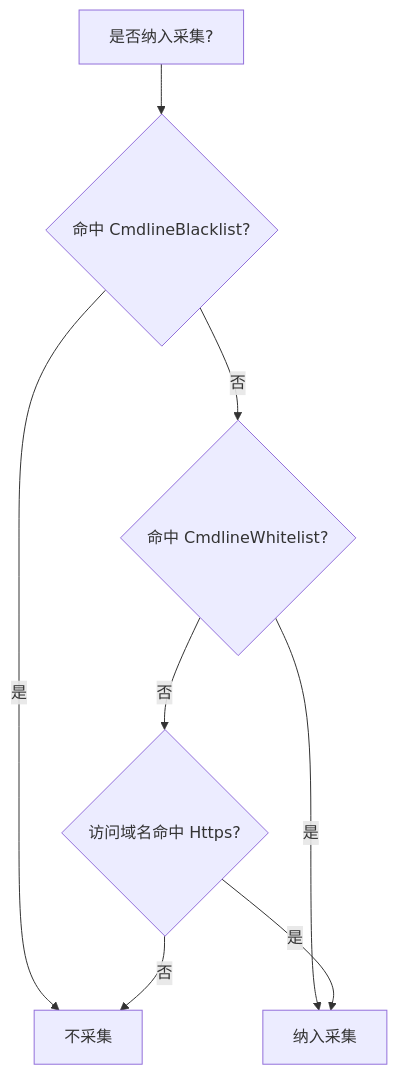
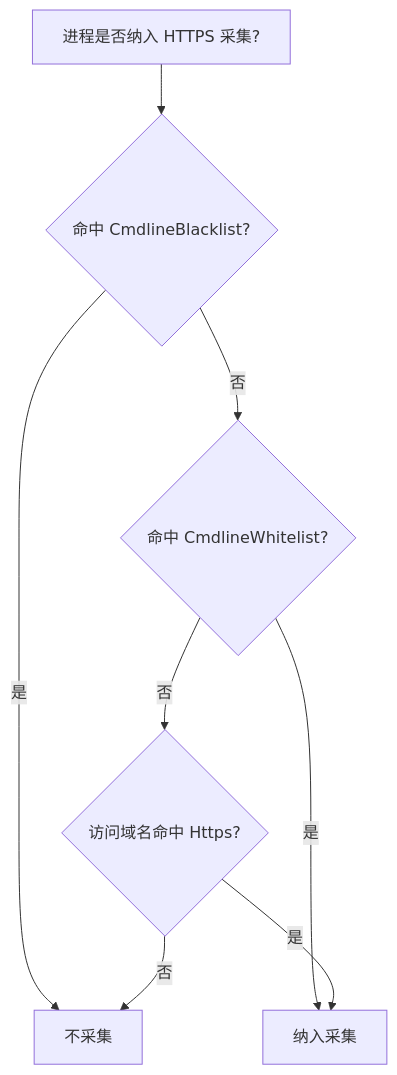
Before and after one commit to alibaba/loongcollector: the first of 2 diagrams in docs/cn/plugins/input/native/input_agentsight.md, drawn with Mermaid. The commit also changed other lines of this file and 1 other file, not shown here.

````diff
--- a/docs/cn/plugins/input/native/input_agentsight.md
+++ b/docs/cn/plugins/input/native/input_agentsight.md
@@ -60,10 +67,10 @@
 ```mermaid
 graph TD
-    A["是否纳入采集?"] --> B{"命中 CmdlineBlacklist?"}
+    A["进程是否纳入 HTTPS 采集?"] --> B{"命中 CmdlineBlacklist?"}
     B -->|是| N["不采集"]
     B -->|否| C{"命中 CmdlineWhitelist?"}
     C -->|是| Y["纳入采集"]
     C -->|否| D{"访问域名命中 Https?"}
     D -->|是| Y
     D -->|否| N
 ```
````
